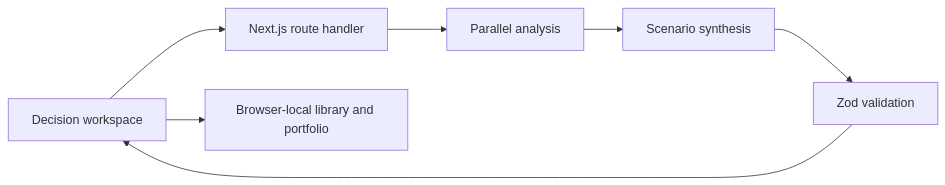
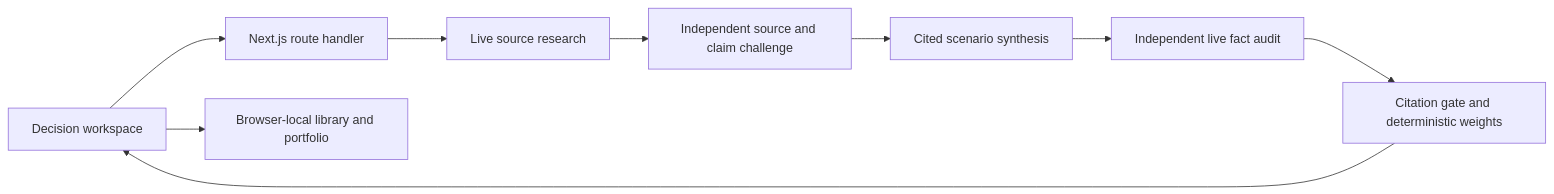
The diagram in README.md (satvikOS/SDP), drawn with Mermaid before and after one commit. The commit also changed other lines of this file and 37 other files, not shown here.

Commit message:
Add source-led scenario audits, clean reports and recoverable library

````diff
--- a/README.md
+++ b/README.md
@@ -19,9 +20,11 @@
 ```mermaid
 flowchart LR
   Browser[Decision workspace] --> Route[Next.js route handler]
-  Route --> Analysis[Parallel analysis]
-  Analysis --> Synthesis[Scenario synthesis]
-  Synthesis --> Schema[Zod validation]
+  Route --> Research[Live source research]
+  Research --> Challenge[Independent source and claim challenge]
+  Challenge --> Synthesis[Cited scenario synthesis]
+  Synthesis --> Audit[Independent live fact audit]
+  Audit --> Schema[Citation gate and deterministic weights]
   Schema --> Browser
   Browser --> Local[Browser-local library and portfolio]
 ```
````
